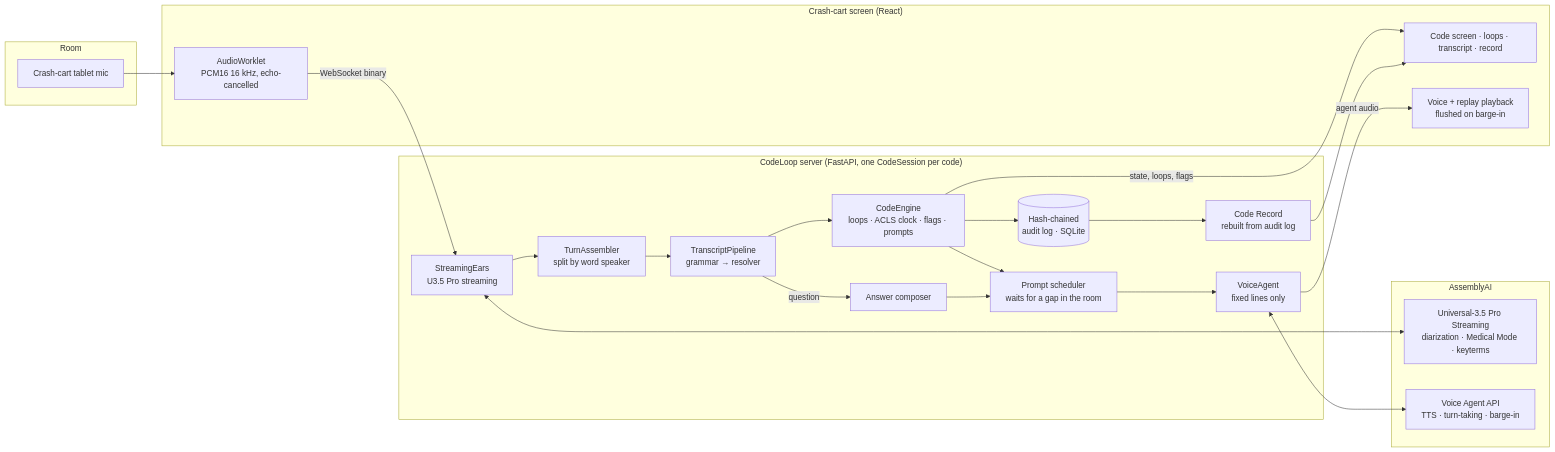
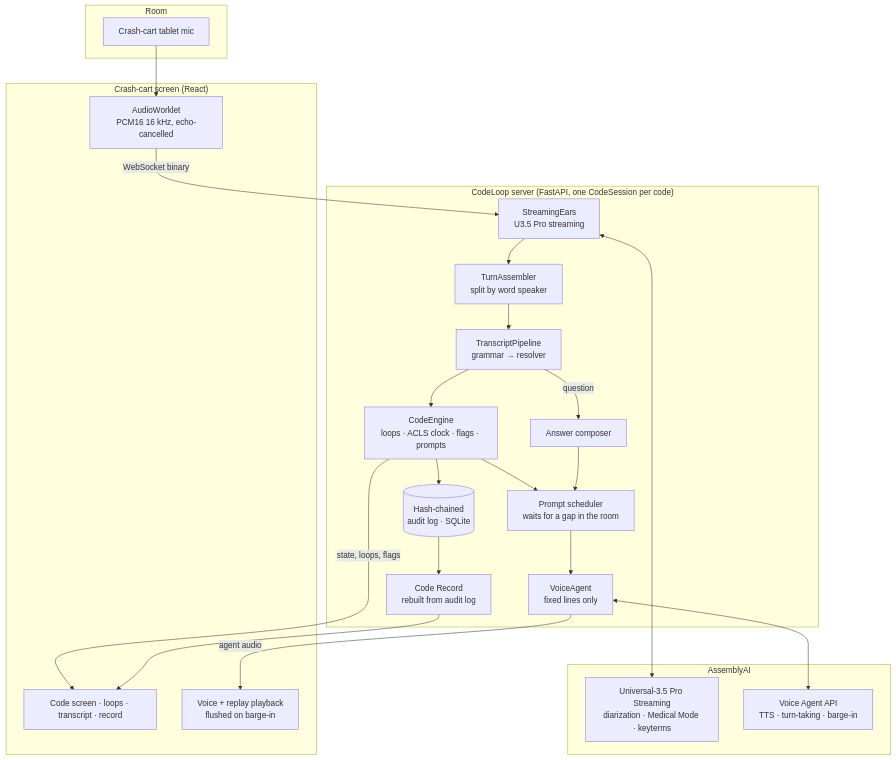
Before and after one commit to TusharTechs/codeloop: the diagram in docs/architecture.md, drawn with Mermaid. The commit also changed 10 other files, not shown here.

First line of the commit message:
CodeLoop logo, Mermaid architecture and conflict sequence diagrams in README

````diff
--- a/docs/architecture.md
+++ b/docs/architecture.md
@@ -3,34 +3,34 @@
 ```mermaid
-flowchart LR
+flowchart TB
   subgraph Room
     MIC[Crash-cart tablet mic]
   end
   subgraph Browser["Crash-cart screen (React)"]
     CAP[AudioWorklet\nPCM16 16 kHz, echo-cancelled]
     UI[Code screen · loops · transcript · record]
     PLAY[Voice + replay playback\nflushed on barge-in]
   end
   subgraph Server["CodeLoop server (FastAPI, one CodeSession per code)"]
     EARS[StreamingEars\nU3.5 Pro streaming]
     TURNS[TurnAssembler\nsplit by word speaker]
     PIPE[TranscriptPipeline\ngrammar → resolver]
     ENG[CodeEngine\nloops · ACLS clock · flags · prompts]
     ANS[Answer composer]
     SCHED[Prompt scheduler\nwaits for a gap in the room]
     VOICE[VoiceAgent\nfixed lines only]
     STORE[(Hash-chained\naudit log · SQLite)]
     REC[Code Record\nrebuilt from audit log]
   end
   subgraph AssemblyAI
     STT[Universal-3.5 Pro Streaming\ndiarization · Medical Mode · keyterms]
     VA[Voice Agent API\nTTS · turn-taking · barge-in]
   end
   MIC --> CAP -->|WebSocket binary| EARS
   EARS <--> STT
   EARS --> TURNS --> PIPE --> ENG
   ENG --> SCHED --> VOICE <--> VA
   PIPE -->|question| ANS --> SCHED
   VOICE -->|agent audio| PLAY
   ENG -->|state, loops, flags| UI
   ENG --> STORE --> REC --> UI
 ```
````
